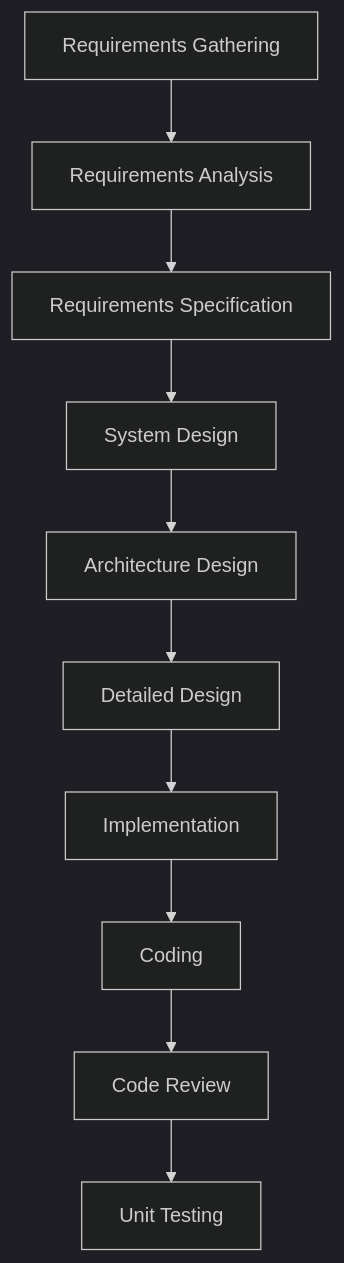
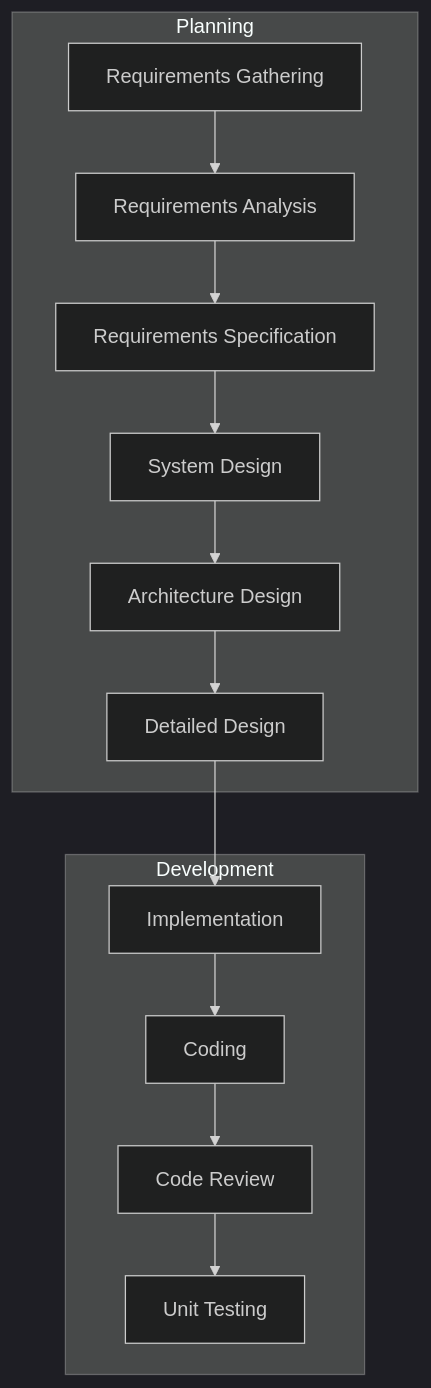
One commit to isauravmanitripathi/Animate-Mermaid-Chart changed the tenth of 54 diagrams in temp-charts/flowchart_sequence/README.md. Above: the diagram before and after it, drawn with Mermaid (dark theme). The commit also changed other lines of this file and 58 other files, not shown here.

Commit message:
added proper working diagrams

````diff
--- a/temp-charts/flowchart_sequence/README.md
+++ b/temp-charts/flowchart_sequence/README.md
@@ -97,12 +174,28 @@
 ```mermaid
 flowchart TD
-A[Requirements Gathering] --> A1[Requirements Analysis]
-A1 --> A2[Requirements Specification]
-A2 --> B[System Design]
-B --> B1[Architecture Design]
-B1 --> B2[Detailed Design]
-B2 --> C[Implementation]
-C --> C1[Coding]
-C1 --> C2[Code Review]
-C2 --> C3[Unit Testing]
+    A[Requirements Gathering] --> A1[Requirements Analysis]
+    A1 --> A2[Requirements Specification]
+    A2 --> B[System Design]
+    B --> B1[Architecture Design]
+    B1 --> B2[Detailed Design]
+    B2 --> C[Implementation]
+    C --> C1[Coding]
+    C1 --> C2[Code Review]
+    C2 --> C3[Unit Testing]
+
+subgraph Planning
+A
+A1
+A2
+B
+B1
+B2
+end
+
+subgraph Development
+C
+C1
+C2
+C3
+end
 ```
````
